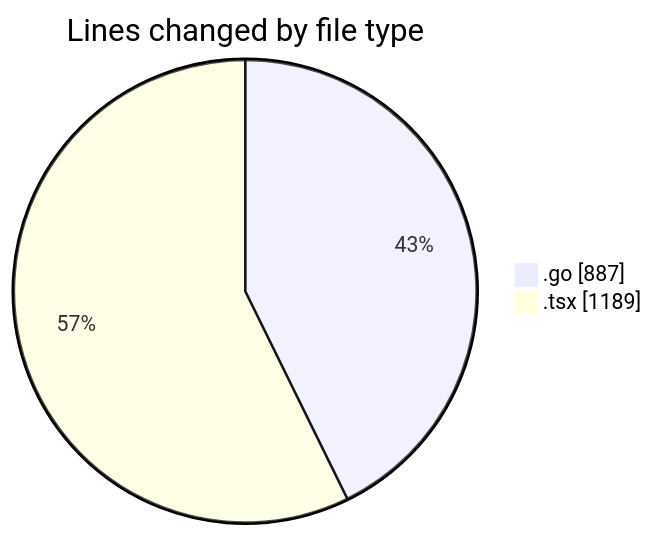
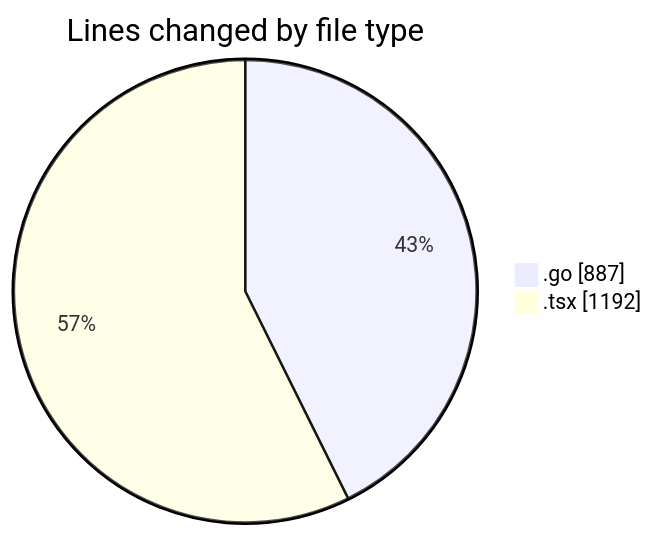
Before and after one commit to robertbonfada/code-tracking: the first of 2 diagrams in 2025-03-05/termonied_testador/README.md, drawn with Mermaid. The commit also changed other lines of this file and 1 other file, not shown here.

````diff
--- a/2025-03-05/termonied_testador/README.md
+++ b/2025-03-05/termonied_testador/README.md
@@ -26,6 +26,6 @@
 ```mermaid
 pie showData
 title Lines changed by file type
 ".go" : 887
-".tsx" : 1189
+".tsx" : 1192
 ```
````
